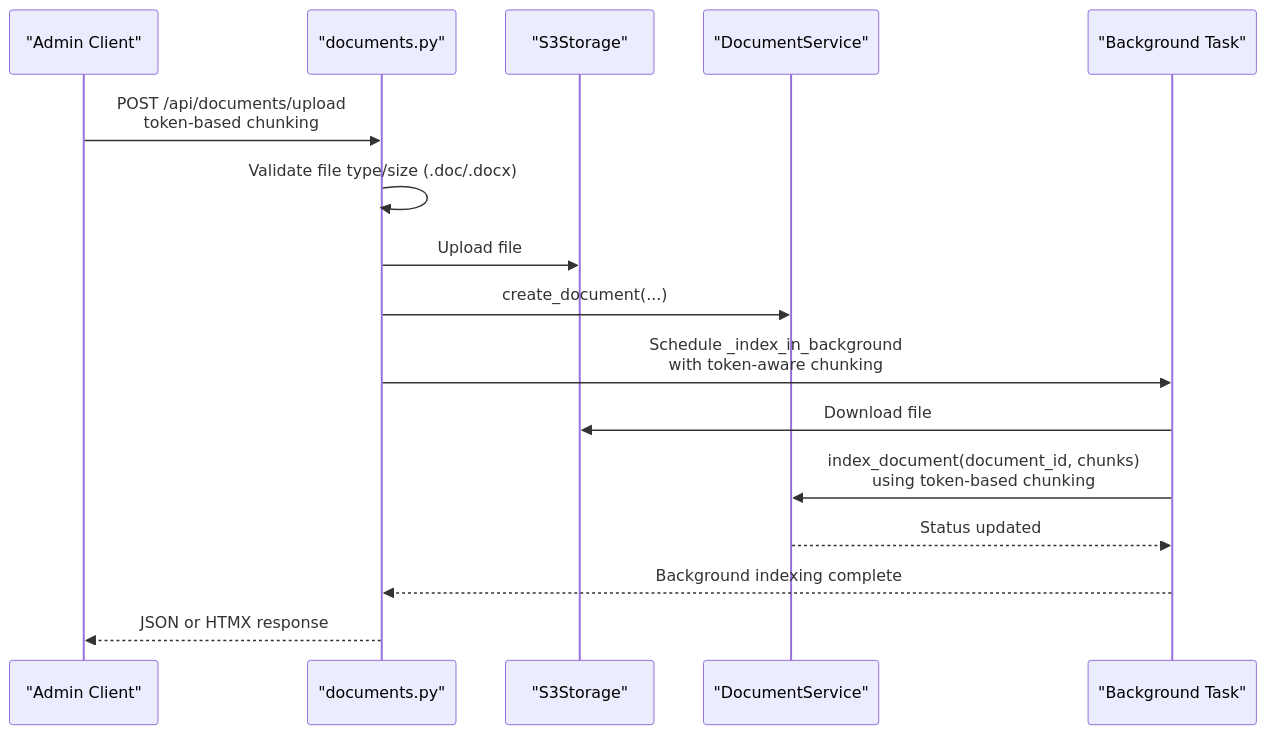
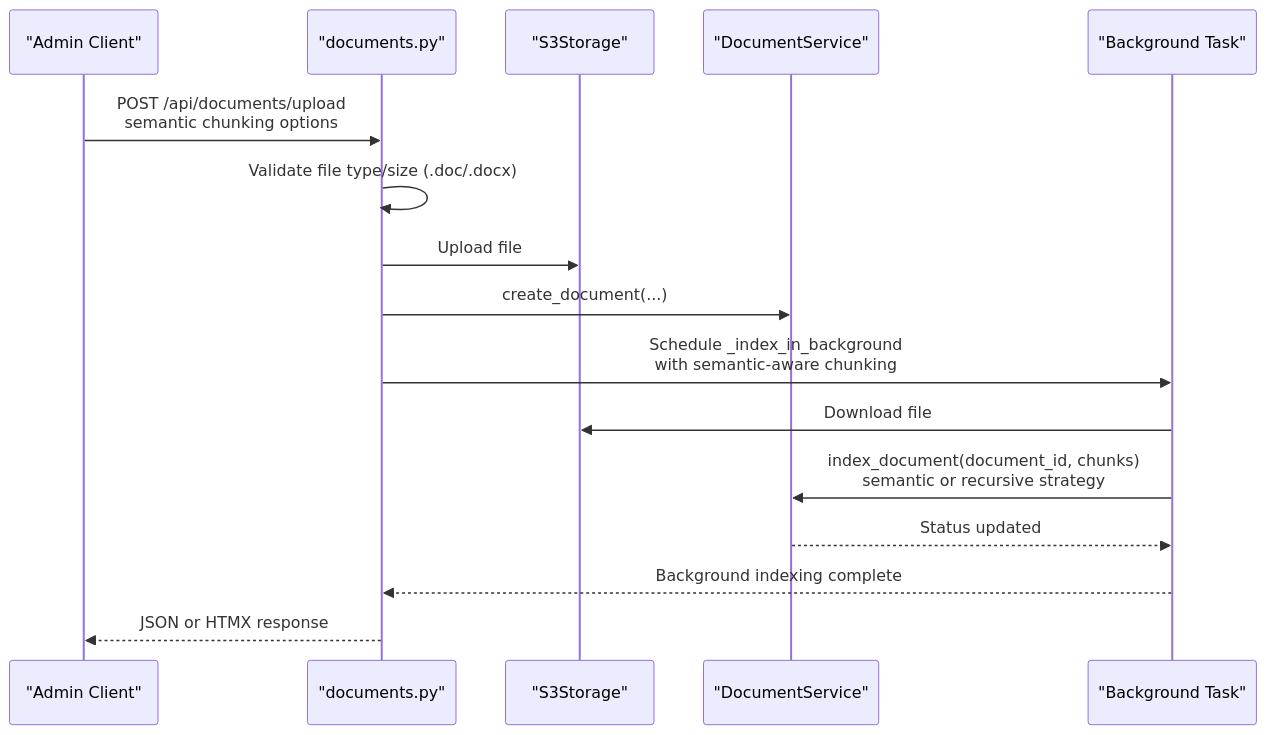
One commit to ognelis/cafetera_hr_bot changed diagram 11 of 12 in .qoder/repowiki/en/content/RAG Integration/RAG Parser Enhancement.md. Above: the diagram before and after it, drawn with Mermaid. The commit also changed other lines of this file and 10 other files, not shown here.

````diff
--- a/.qoder/repowiki/en/content/RAG Integration/RAG Parser Enhancement.md
+++ b/.qoder/repowiki/en/content/RAG Integration/RAG Parser Enhancement.md
@@ -454,18 +445,18 @@
 ```mermaid
 sequenceDiagram
 participant Client as "Admin Client"
 participant API as "documents.py"
 participant S3 as "S3Storage"
 participant Service as "DocumentService"
 participant BG as "Background Task"
-Client->>API : POST /api/documents/upload<br/>token-based chunking
+Client->>API : POST /api/documents/upload<br/>semantic chunking options
 API->>API : Validate file type/size (.doc/.docx)
 API->>S3 : Upload file
 API->>Service : create_document(...)
-API->>BG : Schedule _index_in_background<br/>with token-aware chunking
+API->>BG : Schedule _index_in_background<br/>with semantic-aware chunking
 BG->>S3 : Download file
-BG->>Service : index_document(document_id, chunks)<br/>using token-based chunking
+BG->>Service : index_document(document_id, chunks)<br/>semantic or recursive strategy
 Service-->>BG : Status updated
 BG-->>API : Background indexing complete
 API-->>Client : JSON or HTMX response
 ```
````
